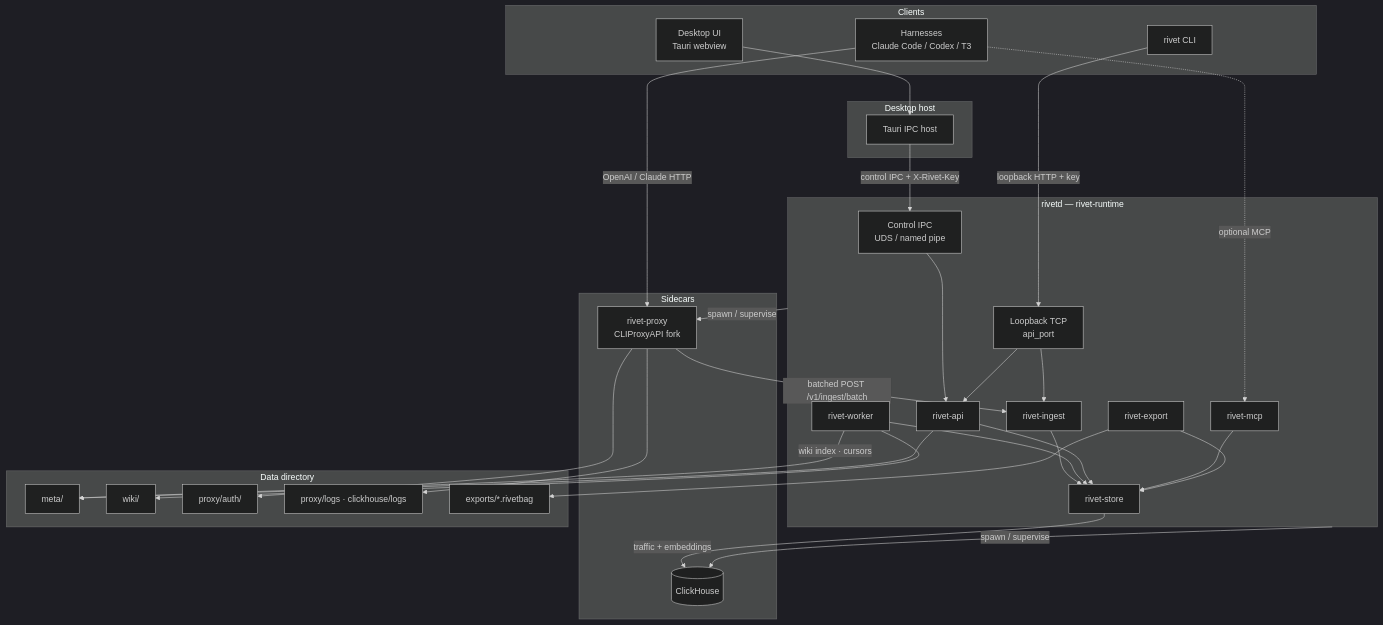
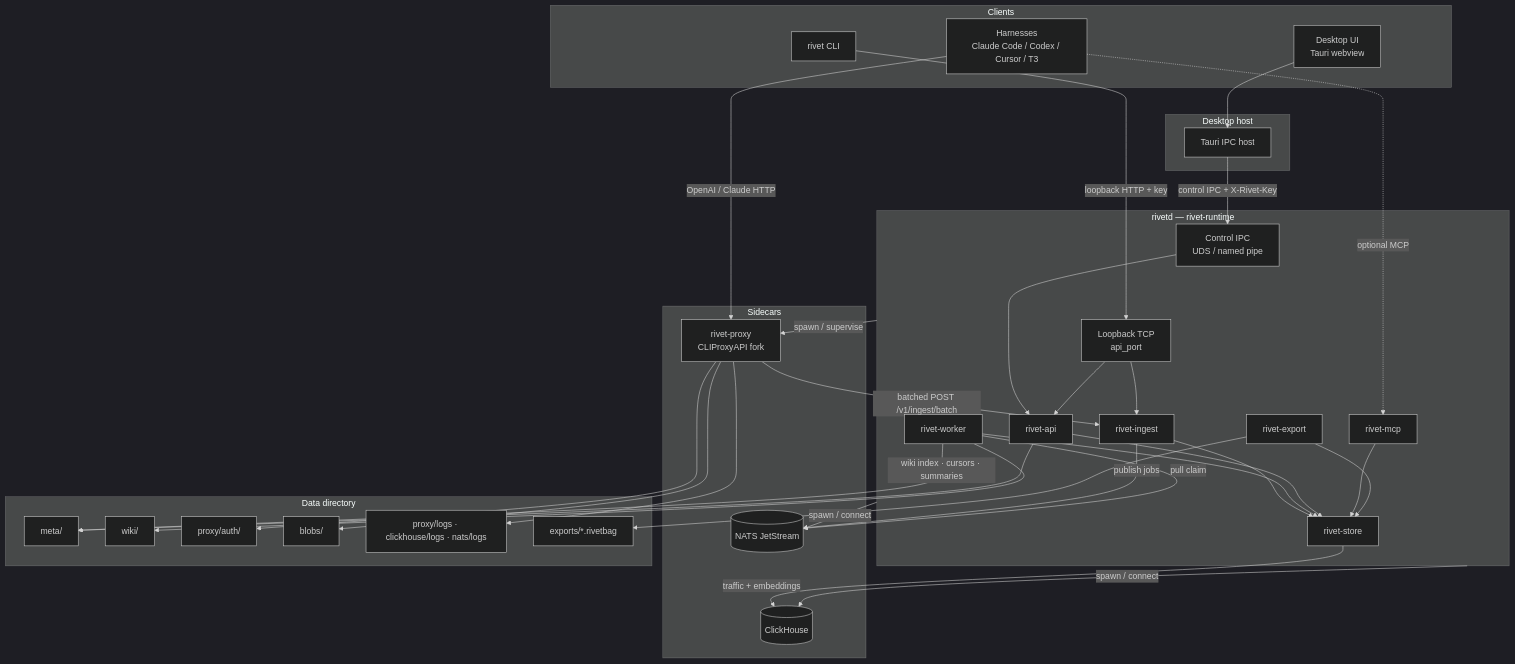
Before and after one commit to Rivethub/ExperimentOne: the first of 13 diagrams in docs/architecture.md, drawn with Mermaid (dark theme). The commit also changed other lines of this file and 28 other files, not shown here.

````diff
--- a/docs/architecture.md
+++ b/docs/architecture.md
@@ -29,62 +54,68 @@
 ```mermaid
 flowchart TB
   subgraph clients [Clients]
-    Harness[Harnesses<br/>Claude Code / Codex / T3]
+    Harness[Harnesses<br/>Claude Code / Codex / Cursor / T3]
     UI[Desktop UI<br/>Tauri webview]
     CLI[rivet CLI]
   end
 
   subgraph host [Desktop host]
     Tauri[Tauri IPC host]
   end
 
   subgraph rivetd [rivetd — rivet-runtime]
     CtrlIPC[Control IPC<br/>UDS / named pipe]
     TCP[Loopback TCP<br/>api_port]
     API[rivet-api]
     Ingest[rivet-ingest]
     Store[rivet-store]
     Worker[rivet-worker]
     MCP[rivet-mcp]
     Export[rivet-export]
   end
 
   subgraph sidecars [Sidecars]
     Proxy[rivet-proxy<br/>CLIProxyAPI fork]
+    NATS[(NATS JetStream)]
     CH[(ClickHouse)]
   end
 
   subgraph disk [Data directory]
     Meta[meta/]
     WikiFS[wiki/]
     Auth[proxy/auth/]
-    Logs[proxy/logs · clickhouse/logs]
+    Blobs[blobs/]
+    Logs[proxy/logs · clickhouse/logs · nats/logs]
     Bags[exports/*.rivetbag]
   end
 
   Harness -->|OpenAI / Claude HTTP| Proxy
   Proxy -->|batched POST /v1/ingest/batch| Ingest
   Ingest --> Store
+  Ingest -->|publish jobs| NATS
+  Worker -->|pull claim| NATS
   Worker --> Store
-  Worker -->|wiki index · cursors| Meta
+  Worker -->|wiki index · cursors · summaries| Meta
   Worker --> WikiFS
   Store -->|traffic + embeddings| CH
   API --> Store
   API --> Meta
   MCP --> Store
   Export --> Store
   Export --> Bags
 
   UI --> Tauri
   Tauri -->|control IPC + X-Rivet-Key| CtrlIPC
   CtrlIPC --> API
   CLI -->|loopback HTTP + key| TCP
   TCP --> API
   TCP --> Ingest
 
   rivetd -->|spawn / supervise| Proxy
-  rivetd -->|spawn / supervise| CH
+  rivetd -->|spawn / connect| NATS
+  rivetd -->|spawn / connect| CH
   Proxy --> Auth
   Proxy --> Logs
+  Proxy --> Blobs
   Harness -.->|optional MCP| MCP
 ```
````
